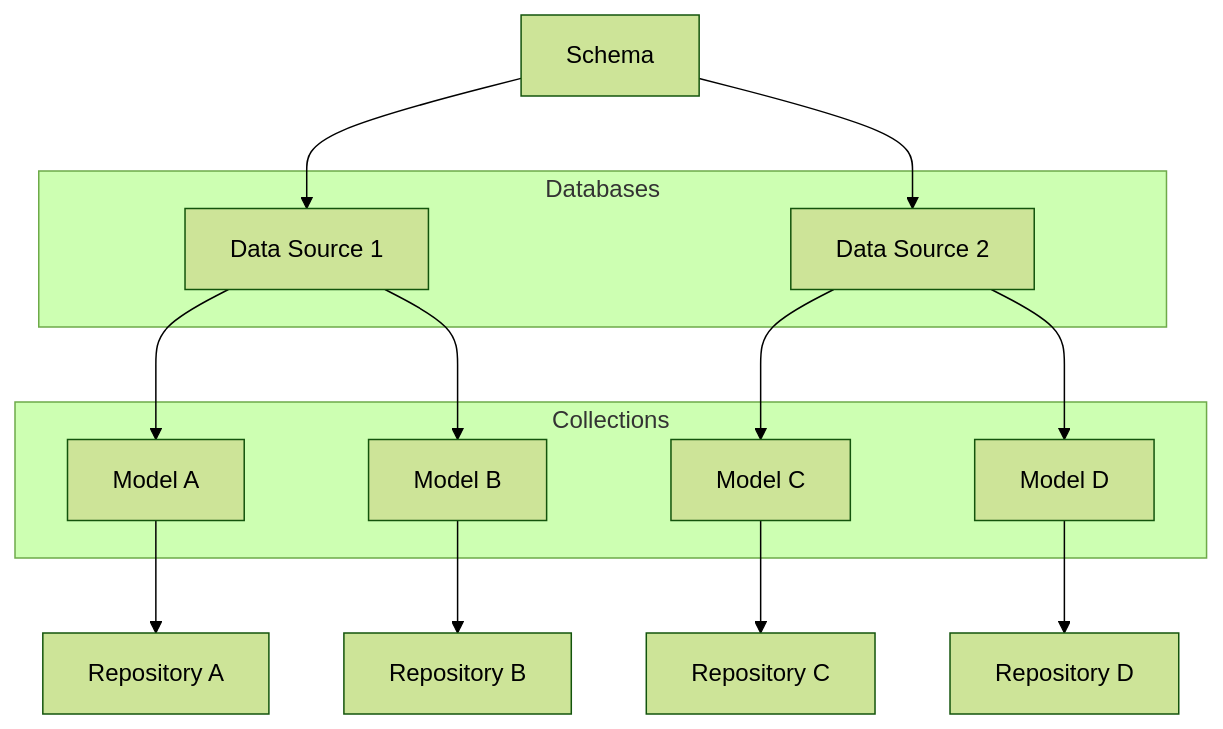
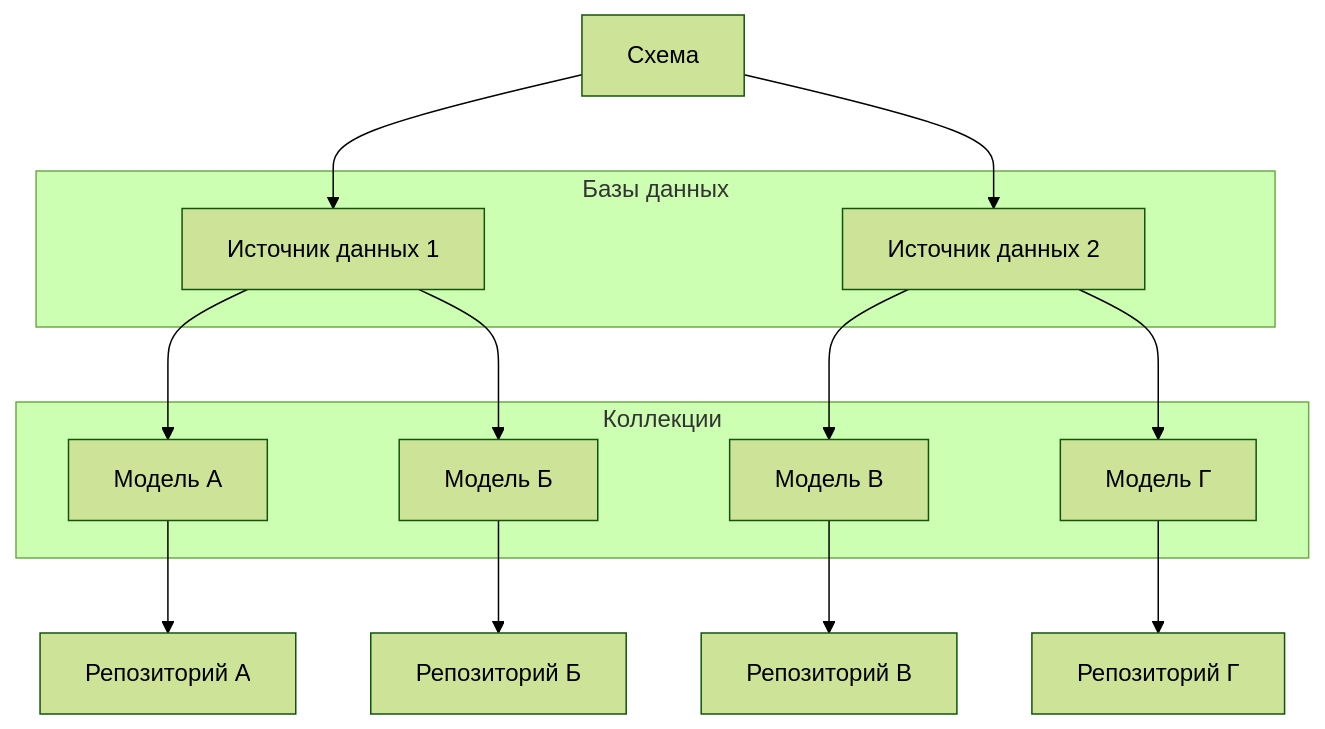
The diagram in README.md (e22m4u/js-repository), drawn with Mermaid (forest theme) before and after one commit. The commit also changed other lines of this file and 2 other files, not shown here.

````diff
--- a/README.md
+++ b/README.md
@@ -76,31 +73,31 @@
 ```mermaid
 flowchart TD
 
-  A[Schema]
-  subgraph Databases
-    B[Data Source 1]
-    C[Data Source 2]
+  A[Схема]
+  subgraph Базы данных
+    B[Источник данных 1]
+    C[Источник данных 2]
   end
   A-->B
   A-->C
 
-  subgraph Collections
-    D[Model A]
-    E[Model B]
-    F[Model C]
-    G[Model D]
+  subgraph Коллекции
+    D[Модель A]
+    E[Модель Б]
+    F[Модель В]
+    G[Модель Г]
   end
   B-->D
   B-->E
   C-->F
   C-->G
 
-  H[Repository A]
-  I[Repository B]
-  J[Repository C]
-  K[Repository D]
+  H[Репозиторий A]
+  I[Репозиторий Б]
+  J[Репозиторий В]
+  K[Репозиторий Г]
   D-->H
   E-->I
   F-->J
   G-->K
 ```
````
